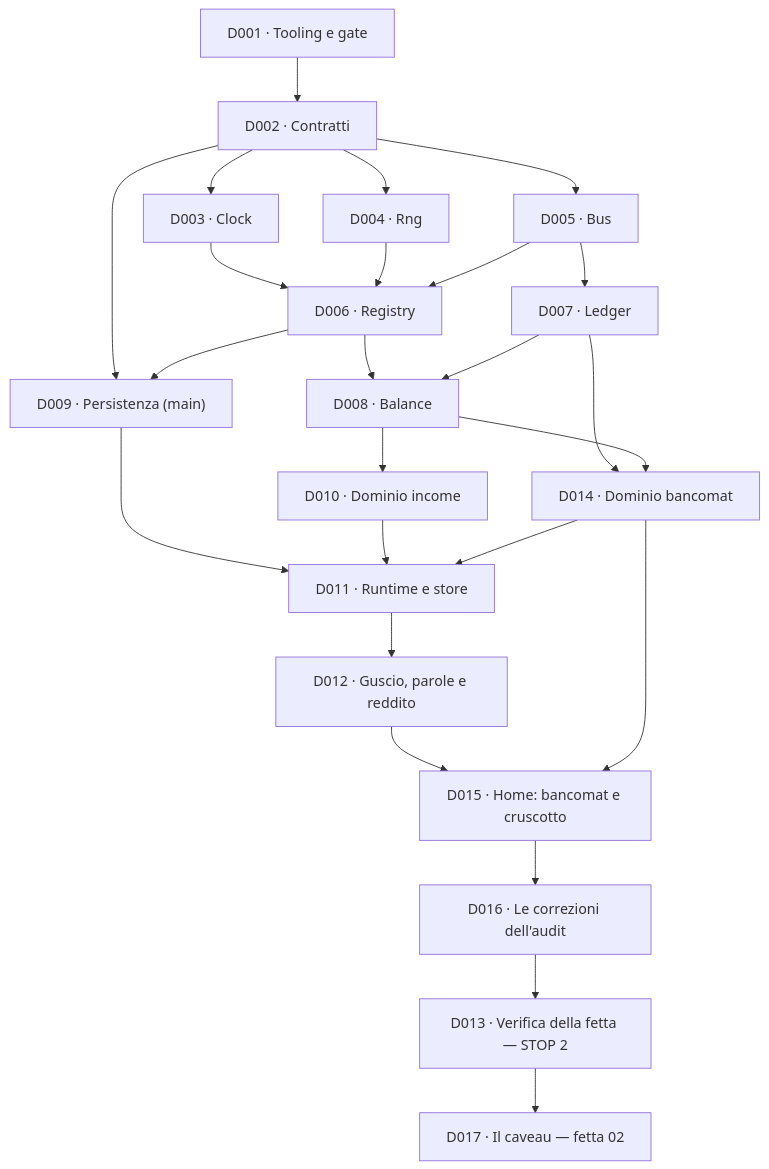
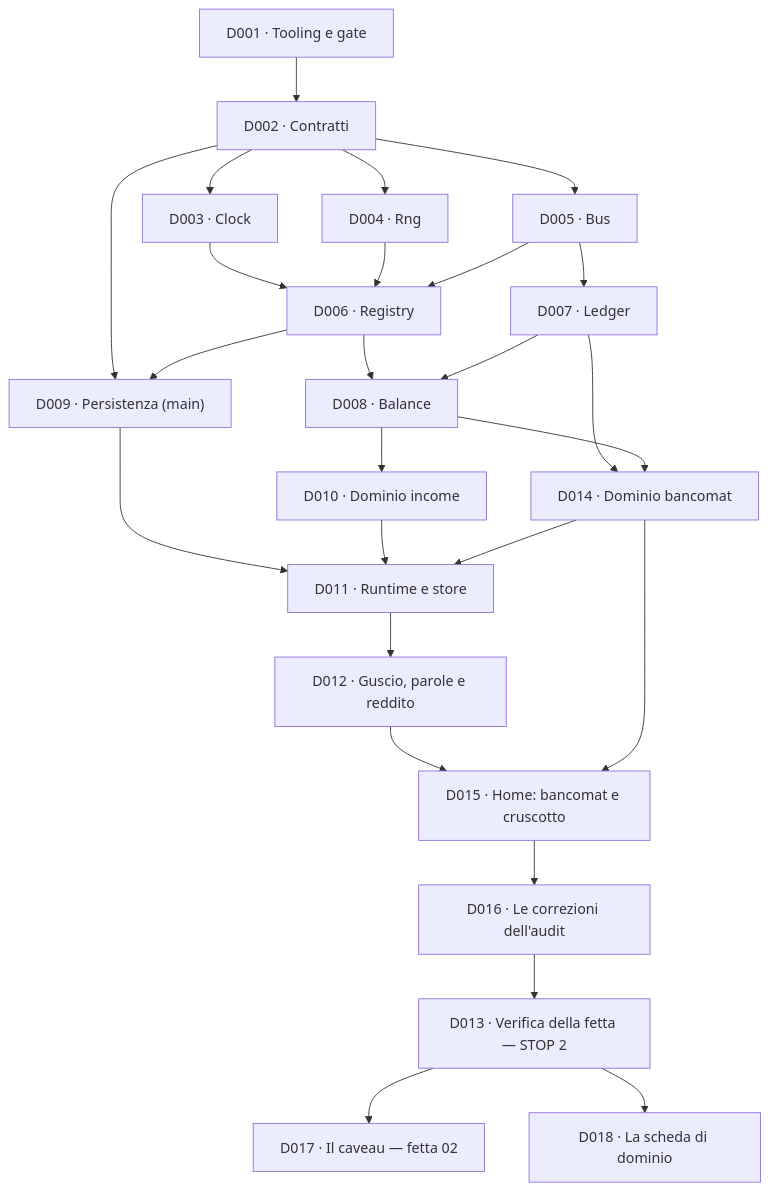
One commit to devfrx/solvent changed the diagram in docs/delega/README.md. Above: the diagram before and after it, drawn with Mermaid. The commit also changed other lines of this file and 13 other files, not shown here.

````diff
--- a/docs/delega/README.md
+++ b/docs/delega/README.md
@@ -60,27 +60,28 @@
 ```mermaid
 flowchart TD
   D001["D001 · Tooling e gate"] --> D002["D002 · Contratti"]
   D002 --> D003["D003 · Clock"]
   D002 --> D004["D004 · Rng"]
   D002 --> D005["D005 · Bus"]
   D003 --> D006["D006 · Registry"]
   D004 --> D006
   D005 --> D006
   D005 --> D007["D007 · Ledger"]
   D006 --> D008["D008 · Balance"]
   D007 --> D008
   D002 --> D009["D009 · Persistenza (main)"]
   D006 --> D009
   D008 --> D010["D010 · Dominio income"]
   D007 --> D014["D014 · Dominio bancomat"]
   D008 --> D014
   D009 --> D011["D011 · Runtime e store"]
   D010 --> D011
   D014 --> D011
   D011 --> D012["D012 · Guscio, parole e reddito"]
   D012 --> D015["D015 · Home: bancomat e cruscotto"]
   D014 --> D015
   D015 --> D016["D016 · Le correzioni dell'audit"]
   D016 --> D013["D013 · Verifica della fetta — STOP 2"]
   D013 --> D017["D017 · Il caveau — fetta 02"]
+  D013 --> D018["D018 · La scheda di dominio"]
 ```
````
